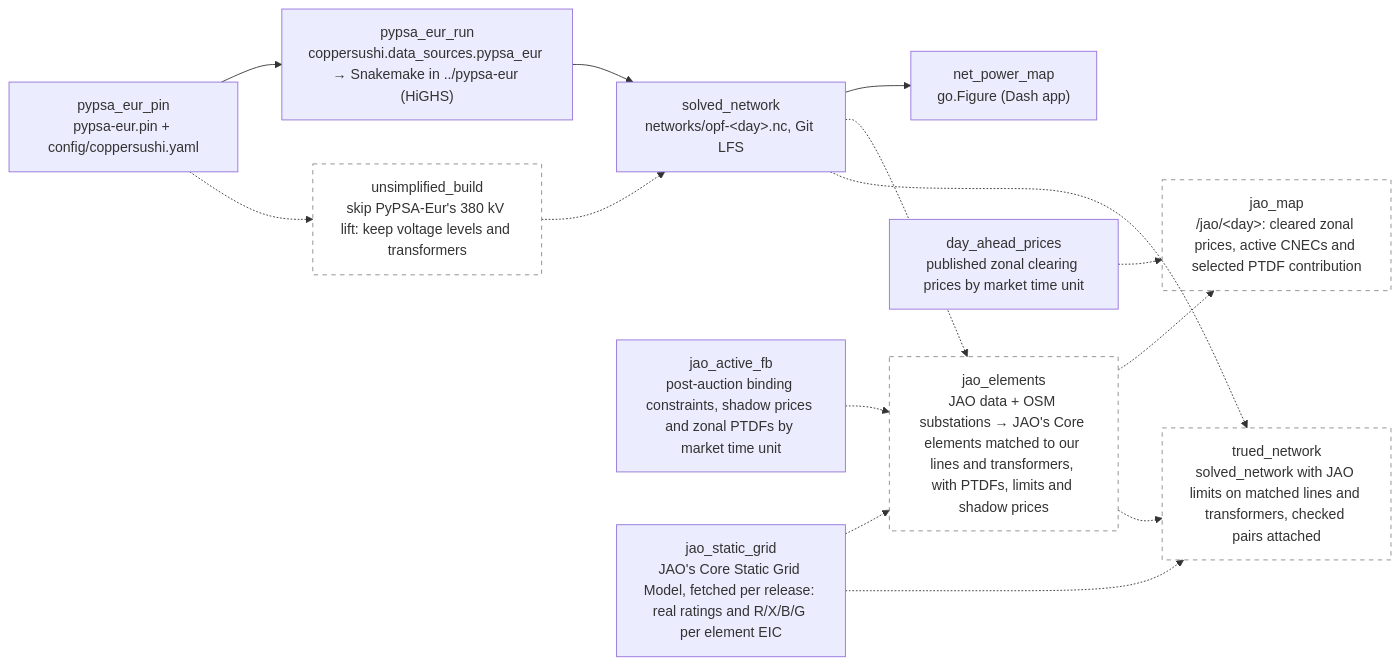
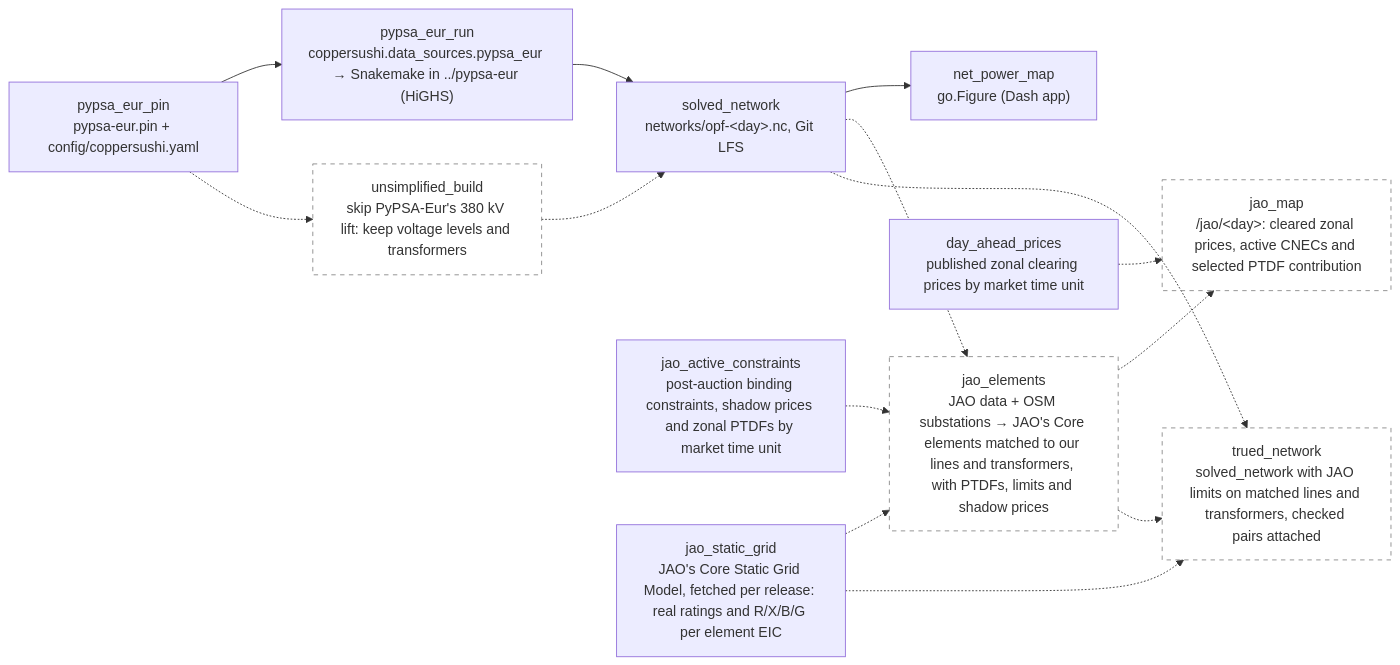
Before and after one commit to zoltanmaric/coppersushi: the diagram in wiki/sushi-2.md, drawn with Mermaid. The commit also changed 3 other files, not shown here.

Commit message:
Spell out active flow-based constraints

````diff
--- a/wiki/sushi-2.md
+++ b/wiki/sushi-2.md
@@ -16,33 +16,33 @@
 ```mermaid
 flowchart LR
     classDef planned stroke-dasharray: 5 5,stroke:#888,fill:none
 
     net_power_map["net_power_map<br/>go.Figure (Dash app)"]
 
     pypsa_eur_pin["pypsa_eur_pin<br/>pypsa-eur.pin + config/coppersushi.yaml"]
     pypsa_eur_run["pypsa_eur_run<br/>coppersushi.data_sources.pypsa_eur → Snakemake in ../pypsa-eur (HiGHS)"]
     solved_network["solved_network<br/>networks/opf-&lt;day&gt;.nc, Git LFS"]
-    jao_active_fb["jao_active_fb<br/>post-auction binding constraints, shadow prices and zonal PTDFs by market time unit"]
+    jao_active_constraints["jao_active_constraints<br/>post-auction binding constraints, shadow prices and zonal PTDFs by market time unit"]
 
     jao_static_grid["jao_static_grid<br/>JAO's Core Static Grid Model, fetched per release: real ratings and R/X/B/G per element EIC"]
 
     unsimplified["unsimplified_build<br/>skip PyPSA-Eur's 380 kV lift: keep voltage levels and transformers"]:::planned
     jao_elements["jao_elements<br/>JAO data + OSM substations → JAO's Core elements matched to our lines and transformers, with PTDFs, limits and shadow prices"]:::planned
     day_ahead_prices["day_ahead_prices<br/>published zonal clearing prices by market time unit"]
     jao_map["jao_map<br/>/jao/&lt;day&gt;: cleared zonal prices, active CNECs and selected PTDF contribution"]:::planned
     trued_network["trued_network<br/>solved_network with JAO limits on matched lines and transformers, checked pairs attached"]:::planned
 
     pypsa_eur_pin --> pypsa_eur_run
     pypsa_eur_pin -.-> unsimplified
     unsimplified -.-> solved_network
     pypsa_eur_run --> solved_network
     solved_network --> net_power_map
     solved_network -.-> jao_elements
     jao_static_grid -.-> jao_elements
     jao_static_grid -.-> trued_network
-    jao_active_fb -.-> jao_elements
+    jao_active_constraints -.-> jao_elements
     jao_elements -.-> jao_map
     day_ahead_prices -.-> jao_map
     jao_elements -.-> trued_network
     solved_network -.-> trued_network
 ```
````
